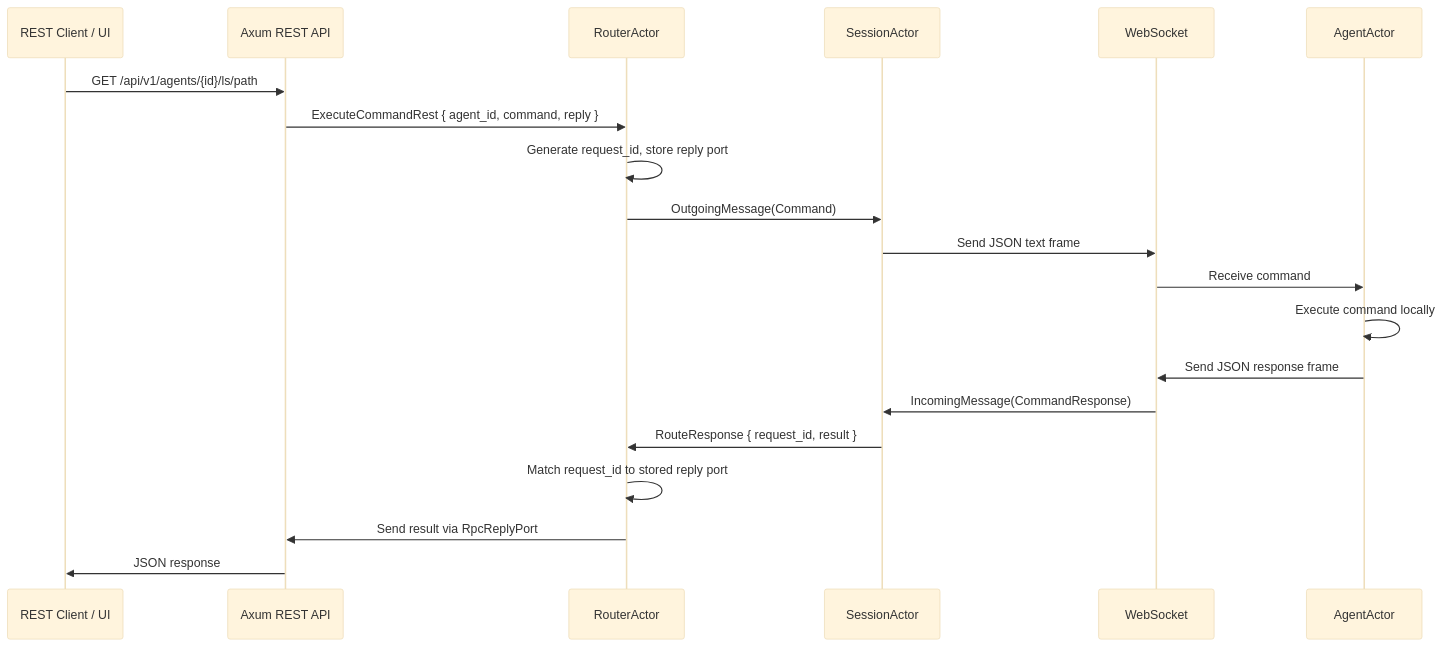
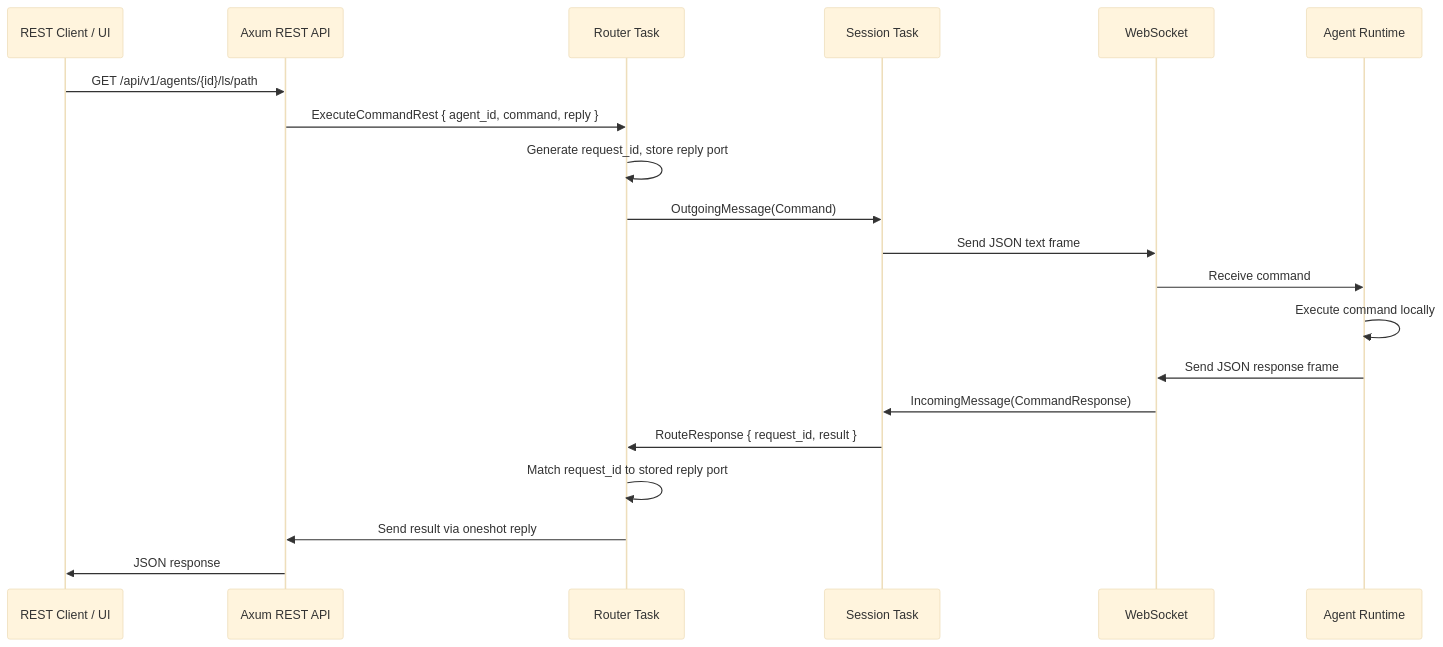
One commit to esamattis/redoor changed the second of 4 diagrams in README.md. Above: the diagram before and after it, drawn with Mermaid (base theme). The commit also changed other lines of this file and 25 other files, not shown here.

````diff
--- a/README.md
+++ b/README.md
@@ -63,23 +62,23 @@
 ```mermaid
 sequenceDiagram
     participant Client as REST Client / UI
     participant API as Axum REST API
-    participant Router as RouterActor
-    participant Session as SessionActor
+    participant Router as Router Task
+    participant Session as Session Task
     participant WS as WebSocket
-    participant Agent as AgentActor
+    participant Agent as Agent Runtime
 
     Client->>API: GET /api/v1/agents/{id}/ls/path
     API->>Router: ExecuteCommandRest { agent_id, command, reply }
     Router->>Router: Generate request_id, store reply port
     Router->>Session: OutgoingMessage(Command)
     Session->>WS: Send JSON text frame
     WS->>Agent: Receive command
     Agent->>Agent: Execute command locally
     Agent->>WS: Send JSON response frame
     WS->>Session: IncomingMessage(CommandResponse)
     Session->>Router: RouteResponse { request_id, result }
     Router->>Router: Match request_id to stored reply port
-    Router->>API: Send result via RpcReplyPort
+    Router->>API: Send result via oneshot reply
     API->>Client: JSON response
 ```
````
